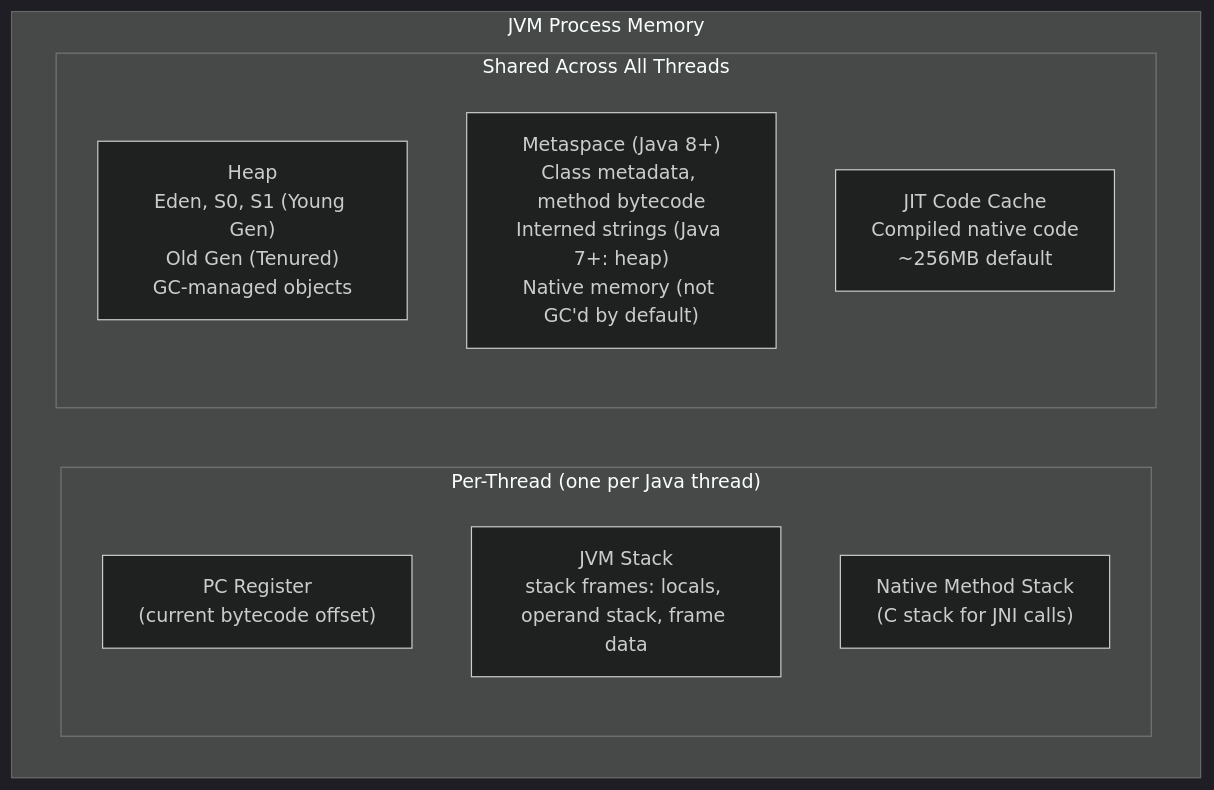
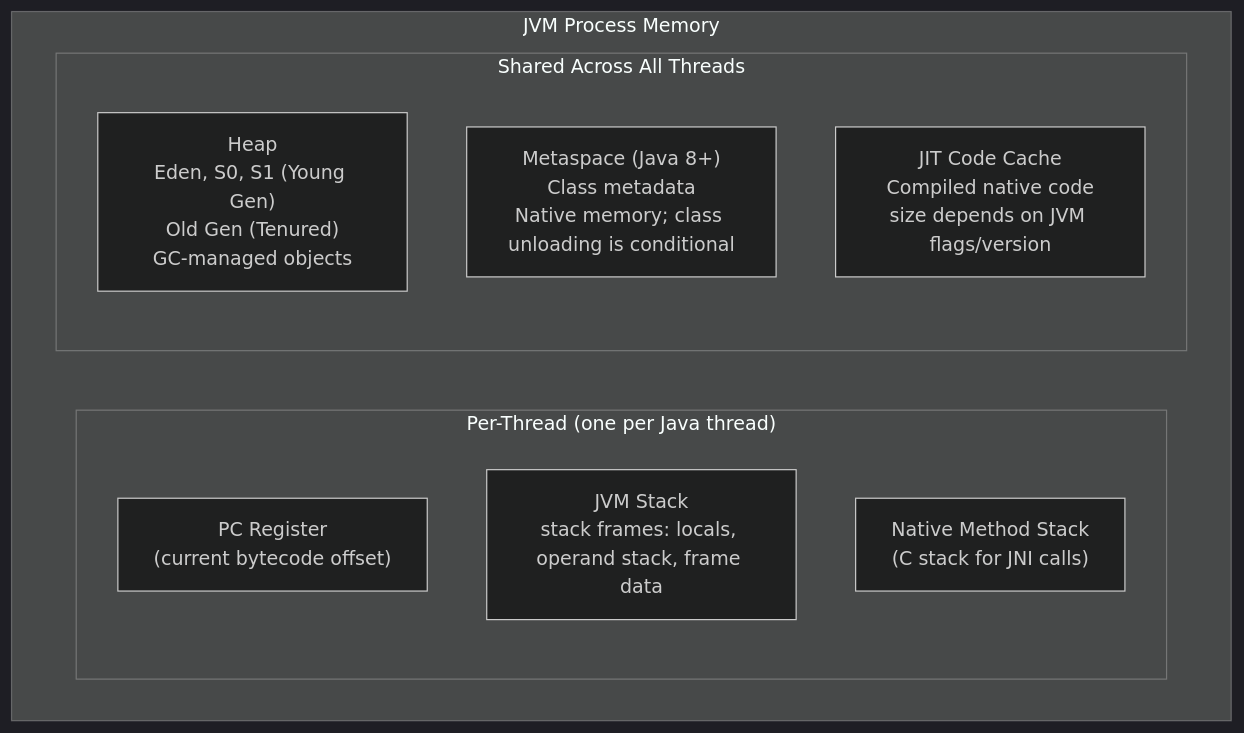
One commit to choisimo/document changed the first of 22 diagrams in content/docs/books/cs-reference/ko/java-internals.md. Above: the diagram before and after it, drawn with Mermaid (dark theme). The commit also changed other lines of this file and 504 other files, not shown here.

````diff
--- a/content/docs/books/cs-reference/ko/java-internals.md
+++ b/content/docs/books/cs-reference/ko/java-internals.md
@@ -11,15 +18,15 @@
 ```mermaid
 flowchart TD
     subgraph JVM_Process["JVM Process Memory"]
         subgraph PerThread["Per-Thread (one per Java thread)"]
             PC["PC Register\n(current bytecode offset)"]
             STACK["JVM Stack\nstack frames: locals, operand stack, frame data"]
             NATIVE["Native Method Stack\n(C stack for JNI calls)"]
         end
         subgraph Shared["Shared Across All Threads"]
             HEAP["Heap\nEden, S0, S1 (Young Gen)\nOld Gen (Tenured)\nGC-managed objects"]
-            METASPACE["Metaspace (Java 8+)\nClass metadata, method bytecode\nInterned strings (Java 7+: heap)\nNative memory (not GC'd by default)"]
-            CODECACHE["JIT Code Cache\nCompiled native code\n~256MB default"]
+            METASPACE["Metaspace (Java 8+)\nClass metadata\nNative memory; class unloading is conditional"]
+            CODECACHE["JIT Code Cache\nCompiled native code\nsize depends on JVM flags/version"]
         end
     end
 ```
````
